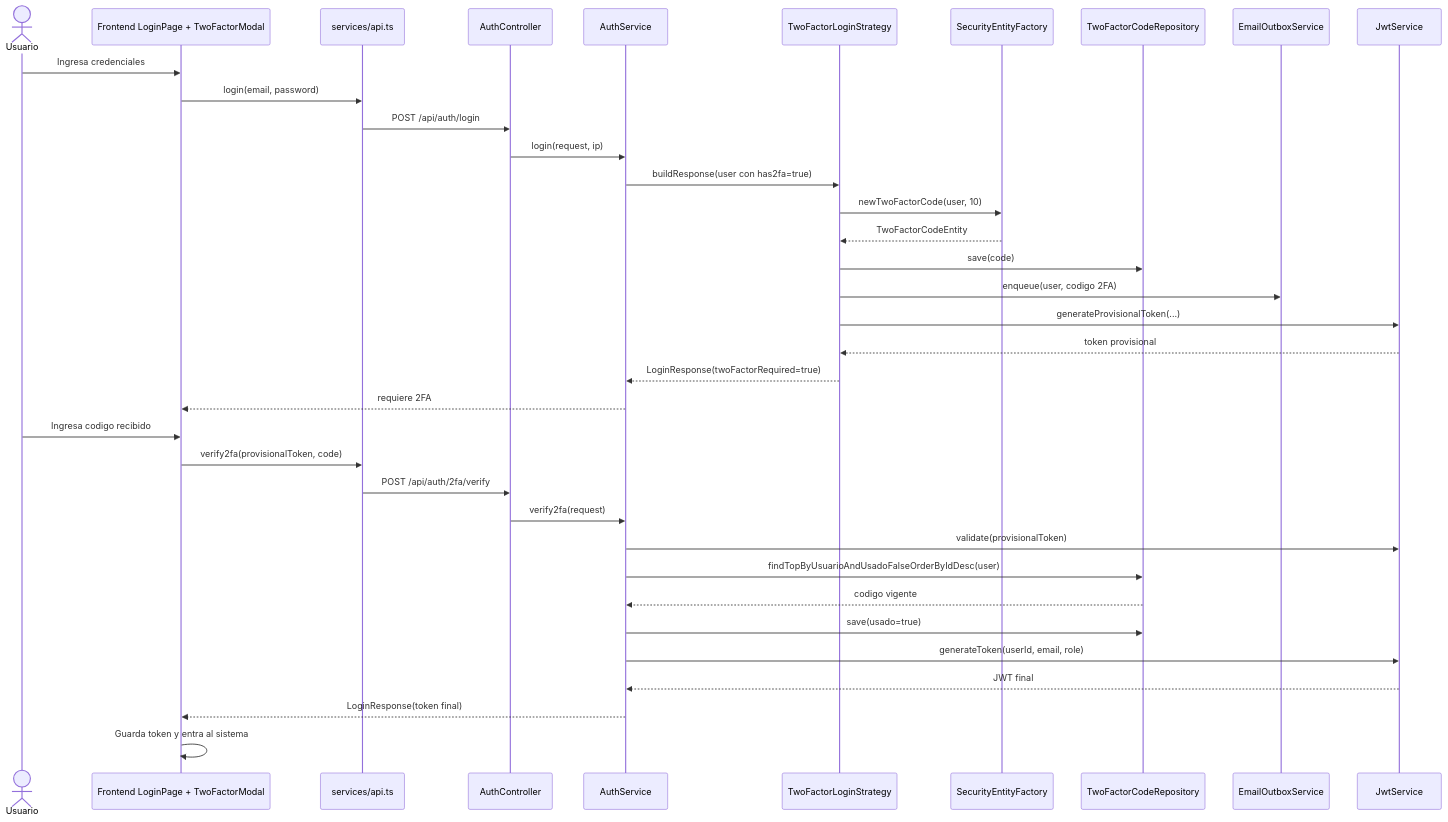
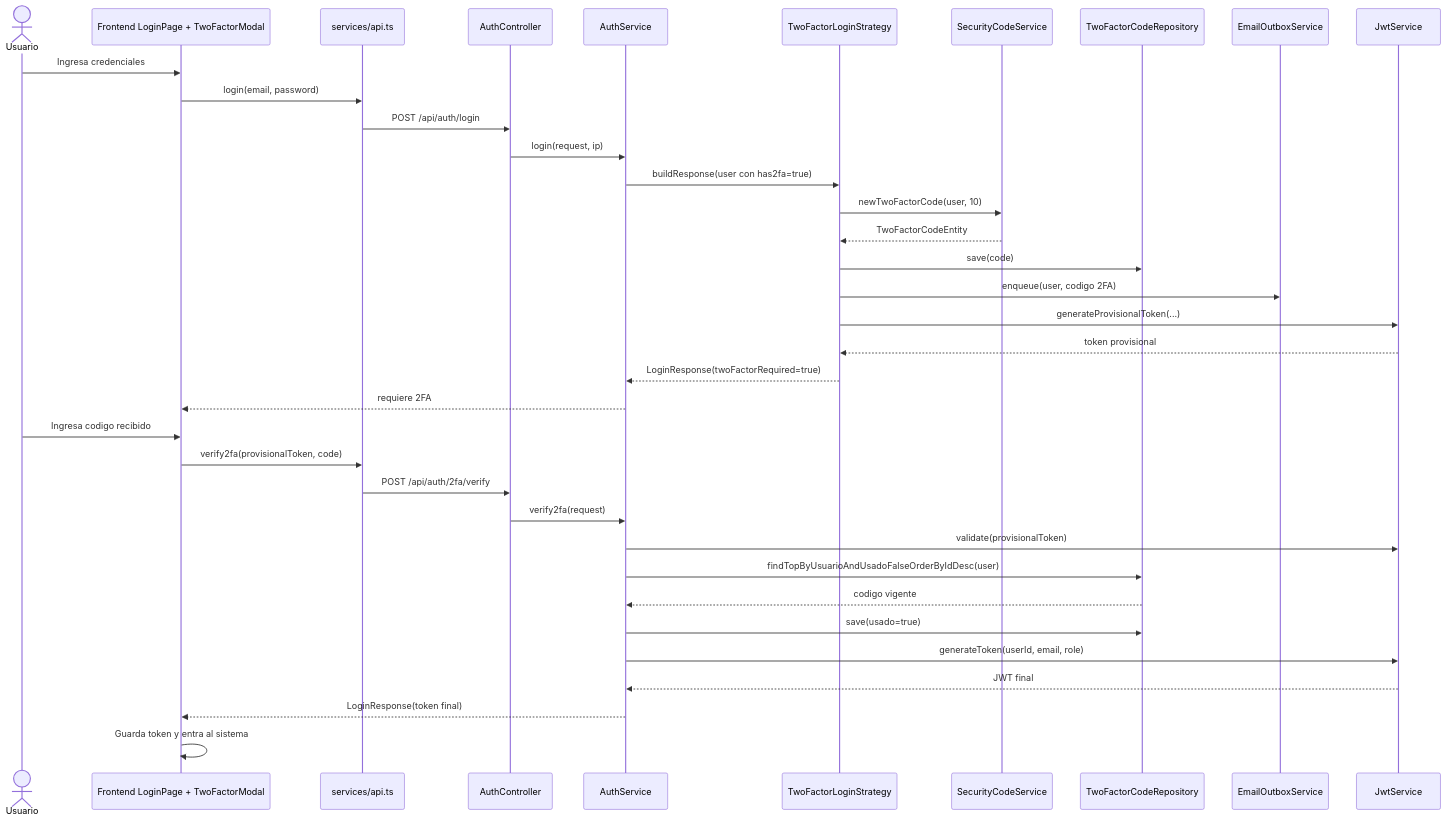
Before and after one commit to DasBrot0/Luistudio: diagram 12 of 16 in docs/trabajo/arquitectura-diseno-software.md, drawn with Mermaid. The commit also changed other lines of this file and 46 other files, not shown here.

````diff
--- a/docs/trabajo/arquitectura-diseno-software.md
+++ b/docs/trabajo/arquitectura-diseno-software.md
@@ -650,39 +650,39 @@
 ```mermaid
 sequenceDiagram
     actor Usuario
     participant UI as Frontend LoginPage + TwoFactorModal
     participant API as services/api.ts
     participant AuthController
     participant AuthService
     participant TwoFactorLoginStrategy
-    participant SecurityEntityFactory
+    participant SecurityCodeService
     participant TwoFactorCodeRepository
     participant EmailOutboxService
     participant JwtService
 
     Usuario->>UI: Ingresa credenciales
     UI->>API: login(email, password)
     API->>AuthController: POST /api/auth/login
     AuthController->>AuthService: login(request, ip)
     AuthService->>TwoFactorLoginStrategy: buildResponse(user con has2fa=true)
-    TwoFactorLoginStrategy->>SecurityEntityFactory: newTwoFactorCode(user, 10)
-    SecurityEntityFactory-->>TwoFactorLoginStrategy: TwoFactorCodeEntity
+    TwoFactorLoginStrategy->>SecurityCodeService: newTwoFactorCode(user, 10)
+    SecurityCodeService-->>TwoFactorLoginStrategy: TwoFactorCodeEntity
     TwoFactorLoginStrategy->>TwoFactorCodeRepository: save(code)
     TwoFactorLoginStrategy->>EmailOutboxService: enqueue(user, codigo 2FA)
     TwoFactorLoginStrategy->>JwtService: generateProvisionalToken(...)
     JwtService-->>TwoFactorLoginStrategy: token provisional
     TwoFactorLoginStrategy-->>AuthService: LoginResponse(twoFactorRequired=true)
     AuthService-->>UI: requiere 2FA
     Usuario->>UI: Ingresa codigo recibido
     UI->>API: verify2fa(provisionalToken, code)
     API->>AuthController: POST /api/auth/2fa/verify
     AuthController->>AuthService: verify2fa(request)
     AuthService->>JwtService: validate(provisionalToken)
     AuthService->>TwoFactorCodeRepository: findTopByUsuarioAndUsadoFalseOrderByIdDesc(user)
     TwoFactorCodeRepository-->>AuthService: codigo vigente
     AuthService->>TwoFactorCodeRepository: save(usado=true)
     AuthService->>JwtService: generateToken(userId, email, role)
     JwtService-->>AuthService: JWT final
     AuthService-->>UI: LoginResponse(token final)
     UI->>UI: Guarda token y entra al sistema
 ```
````
